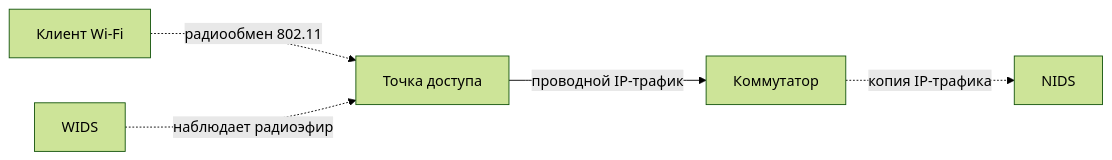
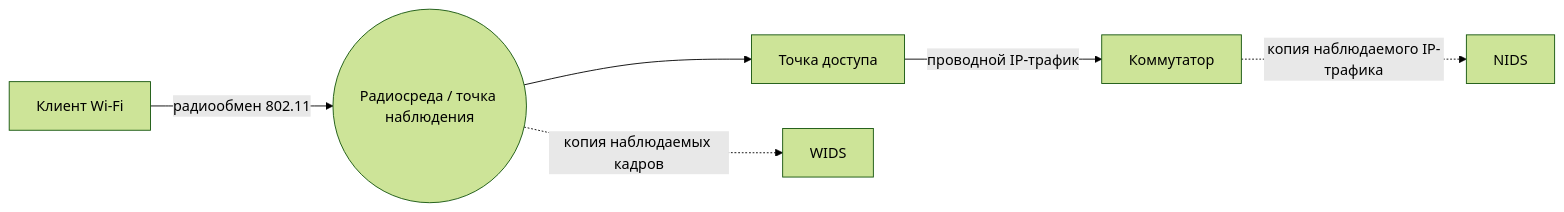
The second of 3 diagrams in docs/course/02-classification.md (11ndra/spvo), drawn with Mermaid (forest theme) before and after one commit. The commit also changed other lines of this file, not shown here.

````diff
--- a/docs/course/02-classification.md
+++ b/docs/course/02-classification.md
@@ -141,7 +175,7 @@
 ```mermaid
 flowchart LR
-    C["Клиент Wi-Fi"] -.->|радиообмен 802.11| AP["Точка доступа"]
-    W["WIDS"] -.->|наблюдает радиоэфир| AP
-    AP -->|проводной IP-трафик| SW["Коммутатор"]
-    SW -.->|копия IP-трафика| N["NIDS"]
+    C[Клиент Wi-Fi] -->|радиообмен 802.11| R((Радиосреда / точка наблюдения)) --> AP[Точка доступа]
+    R -.->|копия наблюдаемых кадров| W[WIDS]
+    AP -->|проводной IP-трафик| SW[Коммутатор]
+    SW -.->|копия наблюдаемого IP-трафика| N[NIDS]
 ```
````
